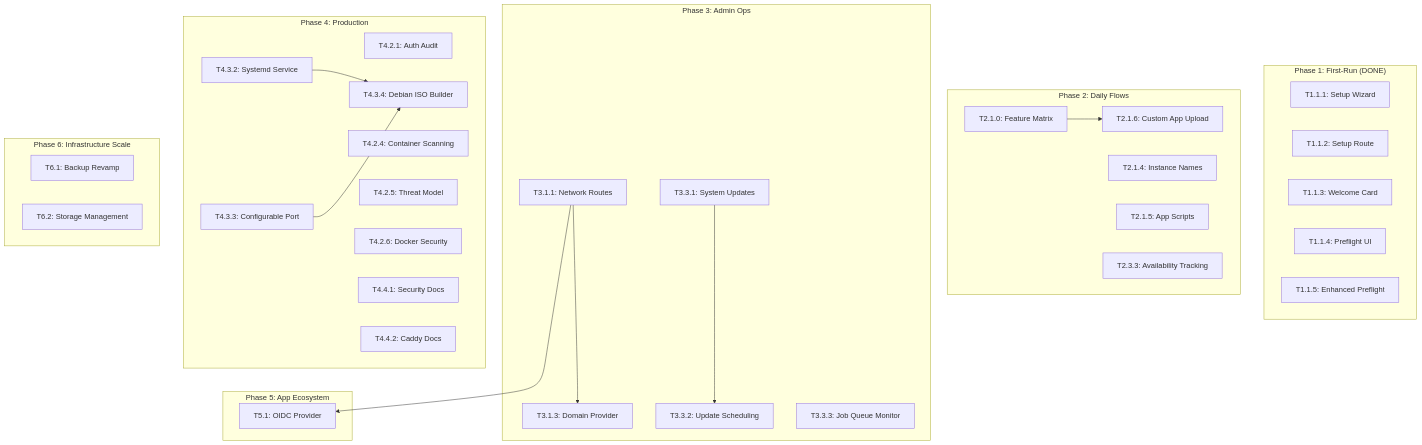
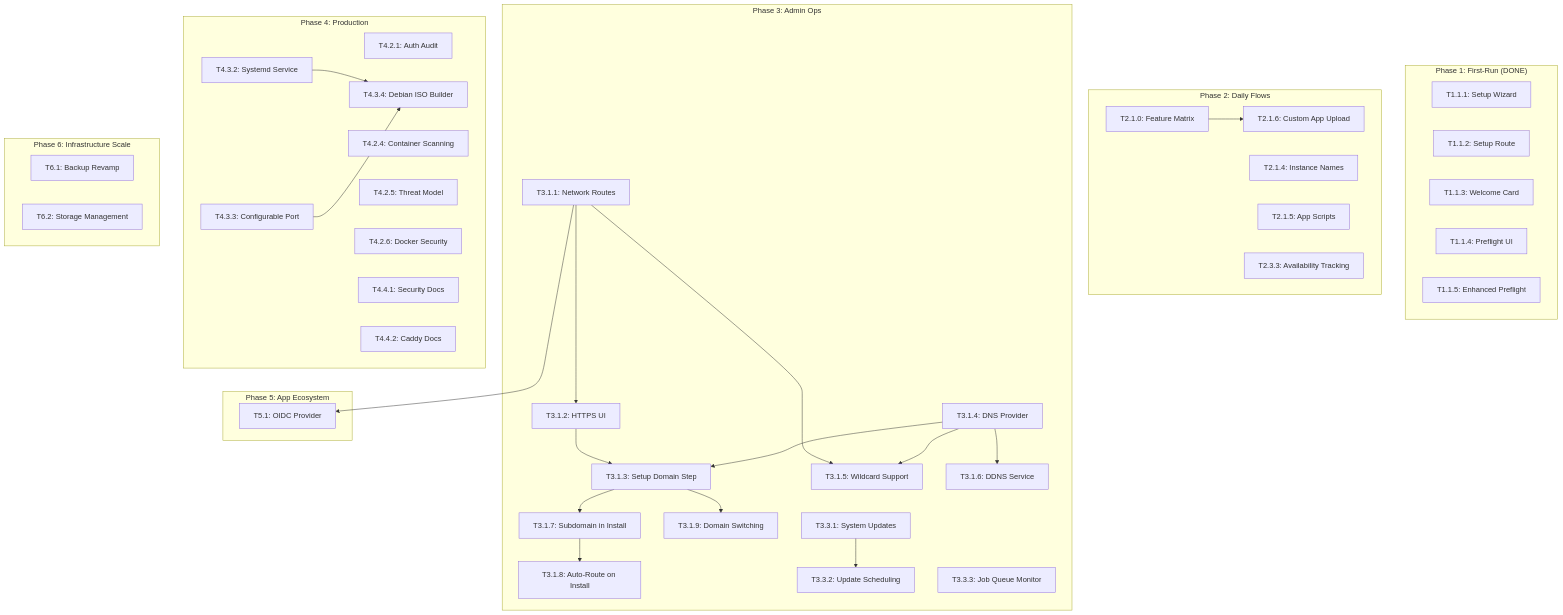
Before and after one commit to LibreLoom/LibreServ: the diagram in ROADMAP.md, drawn with Mermaid. The commit also changed other lines of this file and 17 other files, not shown here.

First line of the commit message:
feat(network): T3.1.4 DNS Provider Integration + T3.1.5 Wildcard Domain Support

````diff
--- a/ROADMAP.md
+++ b/ROADMAP.md
@@ -761,54 +939,69 @@
 ```mermaid
 flowchart TB
     subgraph P1["Phase 1: First-Run (DONE)"]
         T111[T1.1.1: Setup Wizard]
         T112[T1.1.2: Setup Route]
         T113[T1.1.3: Welcome Card]
         T114[T1.1.4: Preflight UI]
         T115[T1.1.5: Enhanced Preflight]
     end
 
     subgraph P2["Phase 2: Daily Flows"]
         T210[T2.1.0: Feature Matrix]
         T214[T2.1.4: Instance Names]
         T215[T2.1.5: App Scripts]
         T216[T2.1.6: Custom App Upload]
         T233[T2.3.3: Availability Tracking]
     end
 
     subgraph P3["Phase 3: Admin Ops"]
         T311[T3.1.1: Network Routes]
-        T313[T3.1.3: Domain Provider]
+        T312[T3.1.2: HTTPS UI]
+        T314[T3.1.4: DNS Provider]
+        T313[T3.1.3: Setup Domain Step]
+        T315[T3.1.5: Wildcard Support]
+        T316[T3.1.6: DDNS Service]
+        T317[T3.1.7: Subdomain in Install]
+        T318[T3.1.8: Auto-Route on Install]
+        T319[T3.1.9: Domain Switching]
         T331[T3.3.1: System Updates]
         T332[T3.3.2: Update Scheduling]
         T333[T3.3.3: Job Queue Monitor]
     end
 
     subgraph P4["Phase 4: Production"]
         T421[T4.2.1: Auth Audit]
         T424[T4.2.4: Container Scanning]
         T425[T4.2.5: Threat Model]
         T426[T4.2.6: Docker Security]
         T432[T4.3.2: Systemd Service]
         T433[T4.3.3: Configurable Port]
         T434[T4.3.4: Debian ISO Builder]
         T441[T4.4.1: Security Docs]
         T442[T4.4.2: Caddy Docs]
     end
 
     subgraph P5["Phase 5: App Ecosystem"]
         T51[T5.1: OIDC Provider]
     end
 
     subgraph P6["Phase 6: Infrastructure Scale"]
         T61[T6.1: Backup Revamp]
         T62[T6.2: Storage Management]
     end
 
     T210 --> T216
-    T311 --> T313
+    T311 --> T312
+    T311 --> T315
+    T312 --> T313
+    T314 --> T315
+    T314 --> T316
+    T314 --> T313
+    T313 --> T317
+    T317 --> T318
+    T313 --> T319
     T311 --> T51
     T331 --> T332
     T432 --> T434
     T433 --> T434
 ```
````
